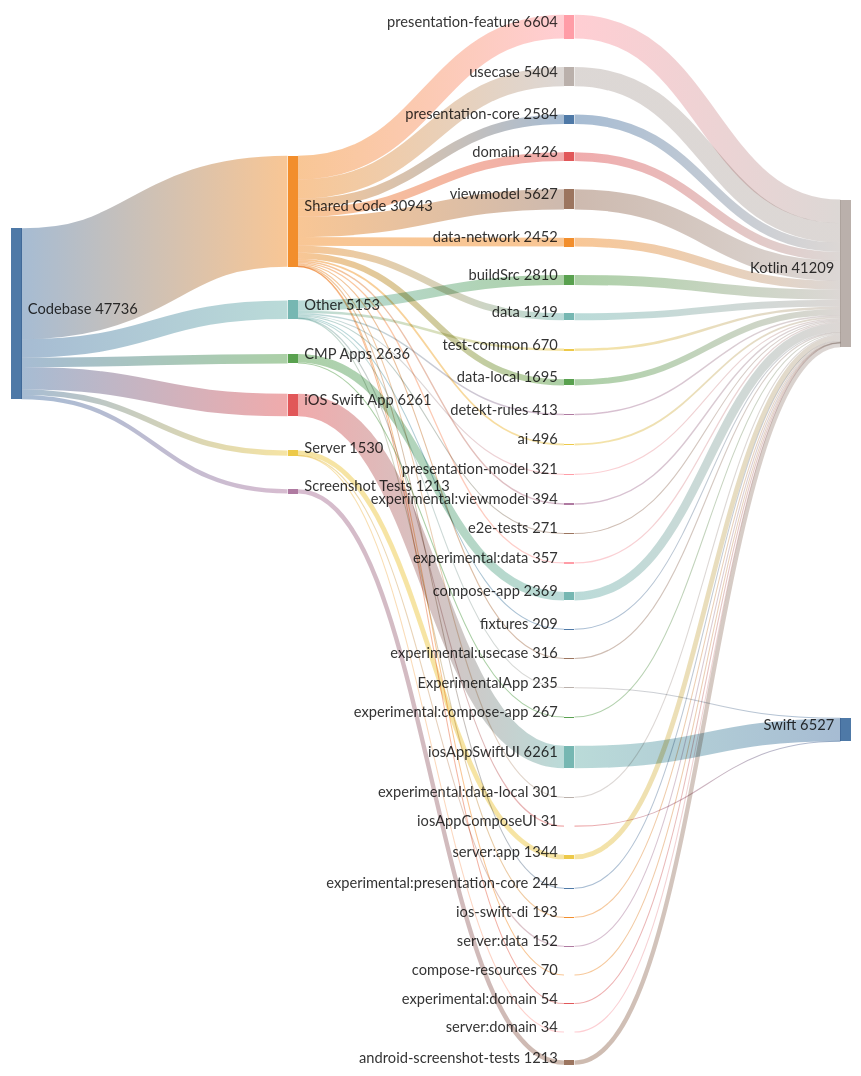
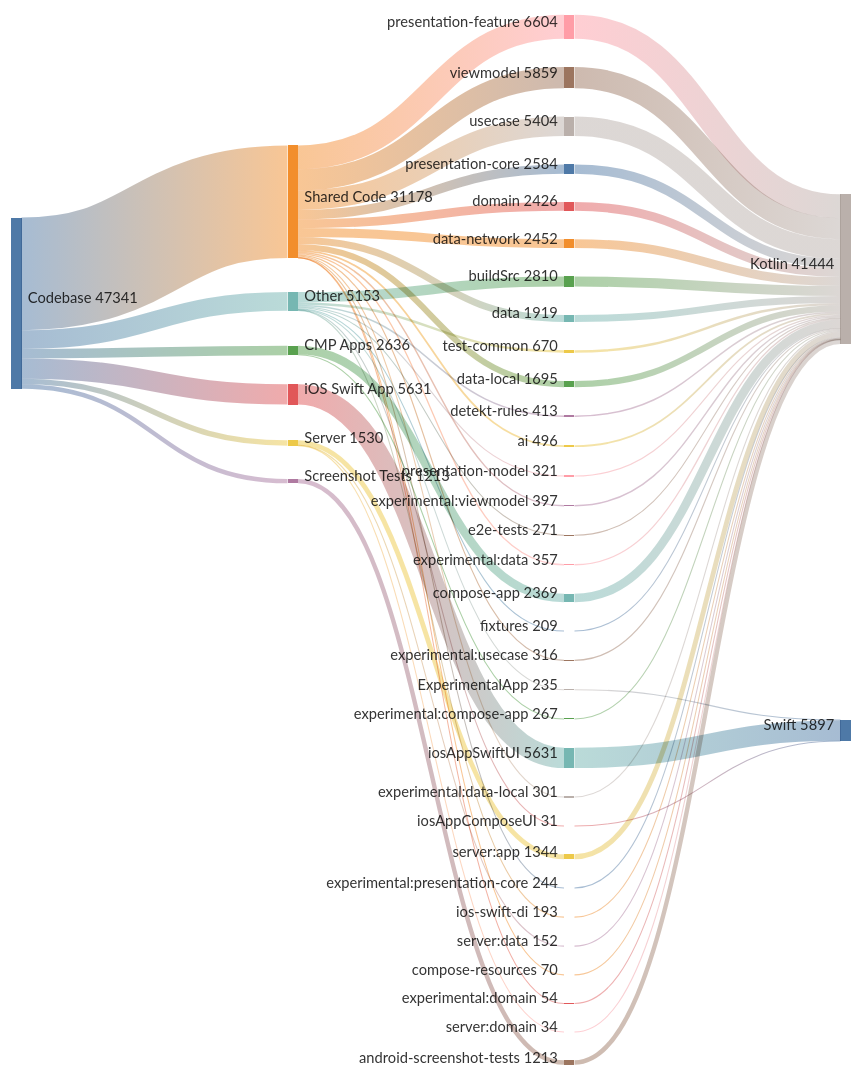
The diagram in docs/diagrams/code_distribution.mmd (cartland/battery-butler), drawn with Mermaid before and after one commit. The commit also changed 2 other files, not shown here.

Commit message:
docs(generated): Regenerate architecture diagrams and analysis

```diff
--- a/docs/diagrams/code_distribution.mmd
+++ b/docs/diagrams/code_distribution.mmd
@@ -1,89 +1,89 @@
 ---
 config:
   sankey:
     showValues: true
     width: 800
     height: 1000
     nodeAlignment: justify
     linkColor: gradient
 ---
 %% GENERATED FILE - DO NOT EDIT
 sankey-beta
 
-Codebase,Shared Code,30943
-Codebase,iOS Swift App,6261
+Codebase,Shared Code,31178
+Codebase,iOS Swift App,5631
 Codebase,Other,5153
 Codebase,CMP Apps,2636
 Codebase,Server,1530
 Codebase,Screenshot Tests,1213
 
 Shared Code,presentation-feature,6604
-Shared Code,viewmodel,5627
+Shared Code,viewmodel,5859
 Shared Code,usecase,5404
 Shared Code,presentation-core,2584
 Shared Code,data-network,2452
 Shared Code,domain,2426
 Shared Code,data,1919
 Shared Code,data-local,1695
 Shared Code,ai,496
-Shared Code,experimental:viewmodel,394
+Shared Code,experimental:viewmodel,397
 Shared Code,experimental:data,357
 Shared Code,experimental:usecase,316
 Shared Code,experimental:data-local,301
 Shared Code,experimental:presentation-core,244
 Shared Code,compose-resources,70
 Shared Code,experimental:domain,54
 
-iOS Swift App,iosAppSwiftUI,6261
+iOS Swift App,iosAppSwiftUI,5631
 
 Other,buildSrc,2810
 Other,test-common,670
 Other,detekt-rules,413
 Other,presentation-model,321
 Other,e2e-tests,271
 Other,ExperimentalApp,235
 Other,fixtures,209
 Other,ios-swift-di,193
 Other,iosAppComposeUI,31
 
 CMP Apps,compose-app,2369
 CMP Apps,experimental:compose-app,267
 
 Server,server:app,1344
 Server,server:data,152
 Server,server:domain,34
 
 Screenshot Tests,android-screenshot-tests,1213
 
 presentation-feature,Kotlin,6604
-iosAppSwiftUI,Swift,6261
-viewmodel,Kotlin,5627
+viewmodel,Kotlin,5859
+iosAppSwiftUI,Swift,5631
 usecase,Kotlin,5404
 buildSrc,Kotlin,2810
 presentation-core,Kotlin,2584
 data-network,Kotlin,2452
 domain,Kotlin,2426
 compose-app,Kotlin,2369
 data,Kotlin,1919
 data-local,Kotlin,1695
 server:app,Kotlin,1344
 android-screenshot-tests,Kotlin,1213
 test-common,Kotlin,670
 ai,Kotlin,496
 detekt-rules,Kotlin,413
-experimental:viewmodel,Kotlin,394
+experimental:viewmodel,Kotlin,397
 experimental:data,Kotlin,357
 presentation-model,Kotlin,321
 experimental:usecase,Kotlin,316
 experimental:data-local,Kotlin,301
 e2e-tests,Kotlin,271
 experimental:compose-app,Kotlin,267
 experimental:presentation-core,Kotlin,244
 ExperimentalApp,Swift,235
 fixtures,Kotlin,209
 ios-swift-di,Kotlin,193
 server:data,Kotlin,152
 compose-resources,Kotlin,70
 experimental:domain,Kotlin,54
 server:domain,Kotlin,34
 iosAppComposeUI,Swift,31
```
